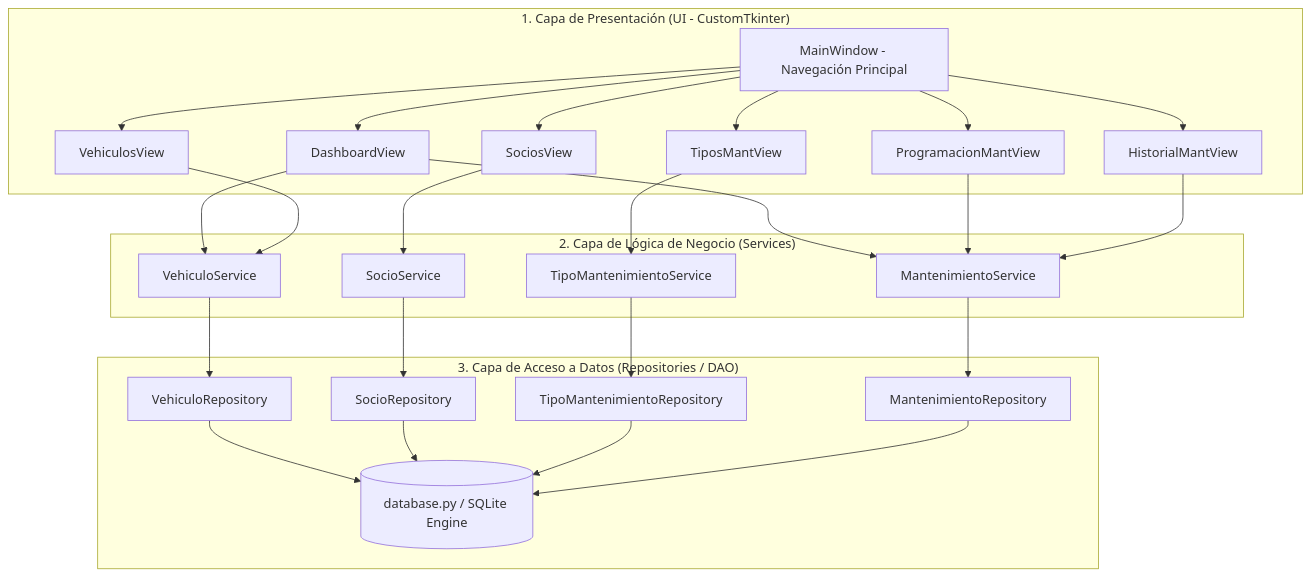
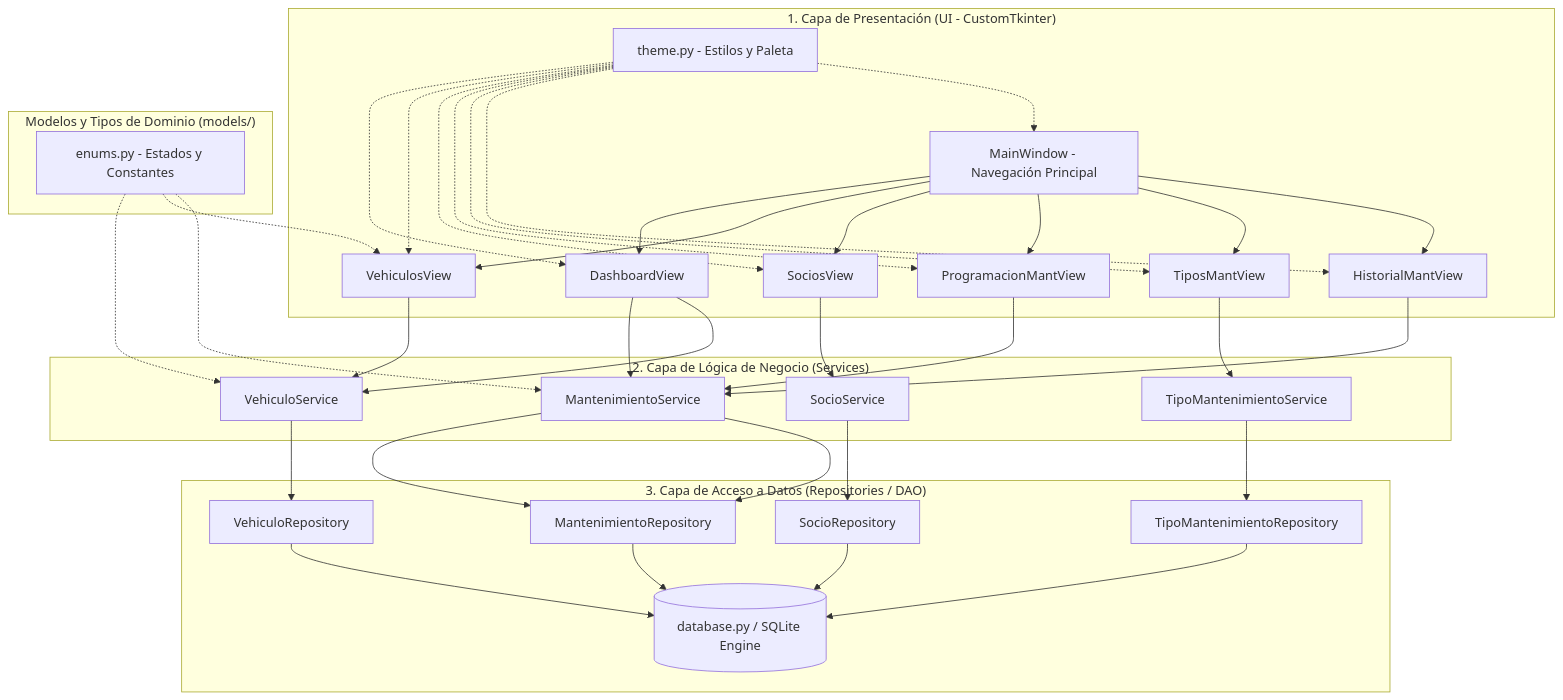
The first of 2 diagrams in docs/ARQUITECTURA.md (YOTR09/PROYECTO-MANTENIMIENTO), drawn with Mermaid before and after one commit. The commit also changed other lines of this file and 4 other files, not shown here.

````diff
--- a/docs/ARQUITECTURA.md
+++ b/docs/ARQUITECTURA.md
@@ -11,35 +11,42 @@
 ```mermaid
 graph TD
     subgraph Presentacion ["1. Capa de Presentación (UI - CustomTkinter)"]
         MW[MainWindow - Navegación Principal]
         V_Dash[DashboardView]
         V_Veh[VehiculosView]
         V_Soc[SociosView]
         V_Prog[ProgramacionMantView]
         V_Tip[TiposMantView]
         V_Hist[HistorialMantView]
+        THEME[theme.py - Estilos y Paleta]
+    end
+
+    subgraph Dominio ["Modelos y Tipos de Dominio (models/)"]
+        ENUMS[enums.py - Estados y Constantes]
     end
 
     subgraph Negocio ["2. Capa de Lógica de Negocio (Services)"]
         S_Veh[VehiculoService]
         S_Soc[SocioService]
         S_Tip[TipoMantenimientoService]
         S_Mant[MantenimientoService]
     end
 
     subgraph Datos ["3. Capa de Acceso a Datos (Repositories / DAO)"]
         R_Veh[VehiculoRepository]
         R_Soc[SocioRepository]
         R_Tip[TipoMantenimientoRepository]
         R_Mant[MantenimientoRepository]
         DB[(database.py / SQLite Engine)]
     end
 
     MW --> V_Dash & V_Veh & V_Soc & V_Prog & V_Tip & V_Hist
+    THEME -.-> V_Dash & V_Veh & V_Soc & V_Prog & V_Tip & V_Hist & MW
+    ENUMS -.-> S_Veh & V_Veh & S_Mant
     V_Dash --> S_Mant & S_Veh
     V_Veh --> S_Veh --> R_Veh --> DB
     V_Soc --> S_Soc --> R_Soc --> DB
     V_Tip --> S_Tip --> R_Tip --> DB
     V_Prog --> S_Mant --> R_Mant --> DB
-    V_Hist --> S_Mant
+    V_Hist --> S_Mant --> R_Mant
 ```
````
